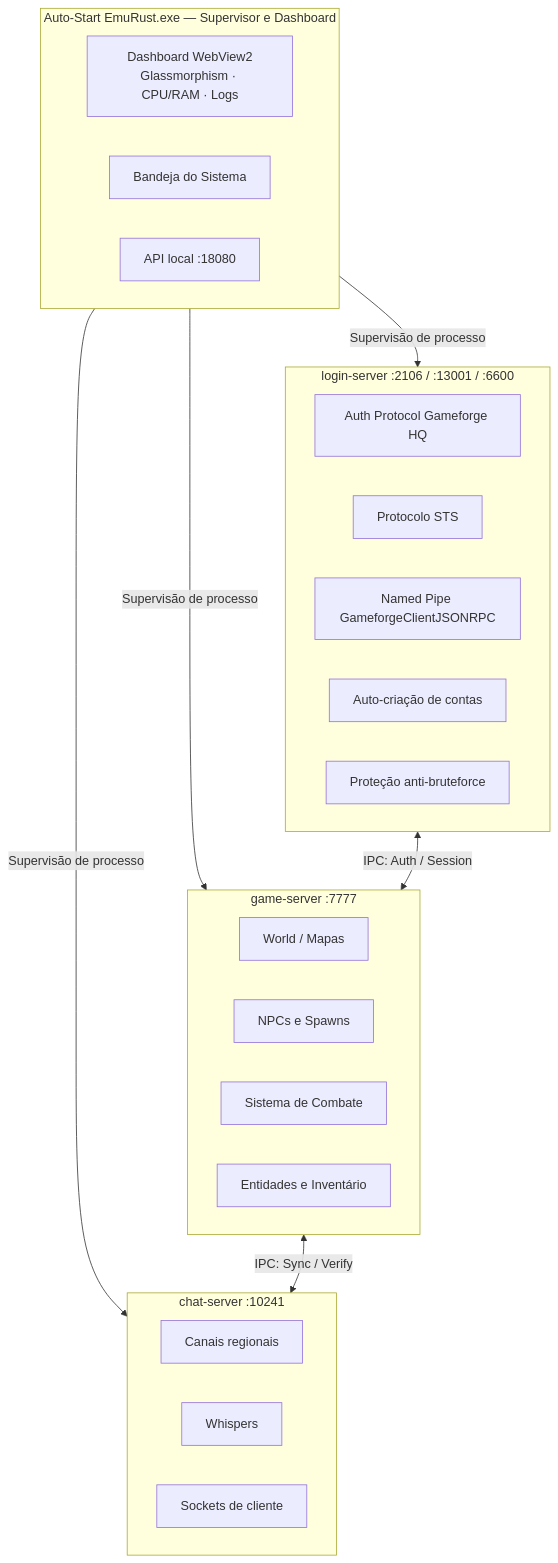
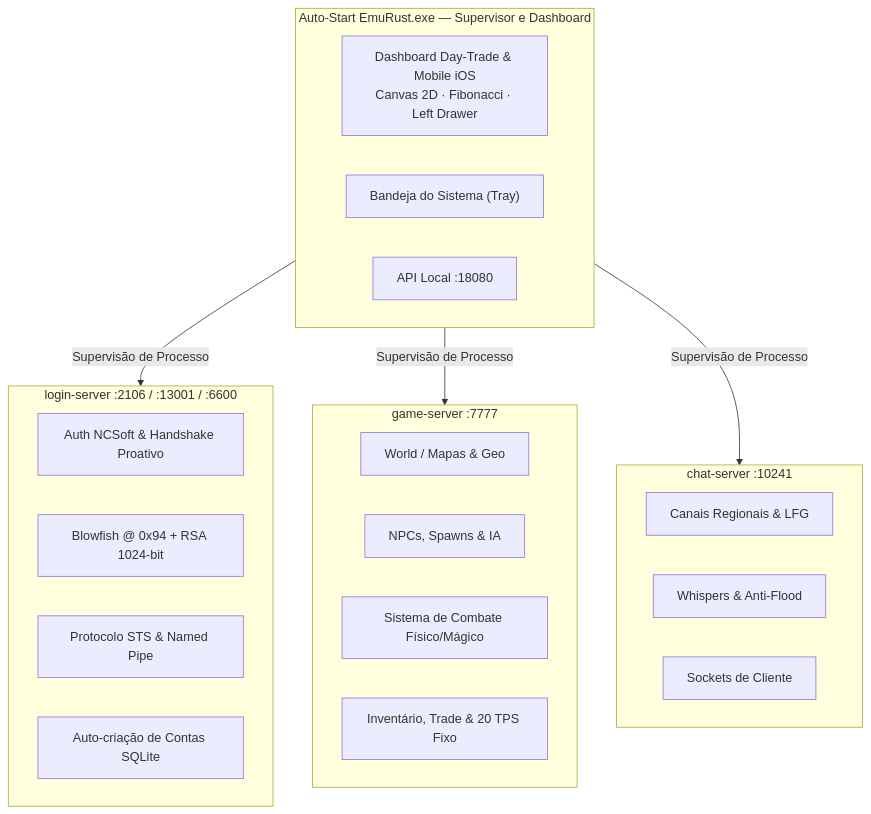
Before and after one commit to kamidaki/aion-classic-5.0: the diagram in README.md, drawn with Mermaid. The commit also changed other lines of this file and 2 other files, not shown here.

Commit message:
docs: update CONTEXT.md and READMEs with Day-Trade telemetry, iOS mobile UI, and accurate protocol offsets

````diff
--- a/README.md
+++ b/README.md
@@ -69,36 +60,32 @@
 ```mermaid
 flowchart TB
     subgraph SUP["Auto-Start EmuRust.exe — Supervisor e Dashboard"]
-        UI["Dashboard WebView2<br/>Glassmorphism · CPU/RAM · Logs"]
-        TRAY["Bandeja do Sistema"]
-        API["API local :18080"]
+        UI["Dashboard Day-Trade & Mobile iOS<br/>Canvas 2D · Fibonacci · Left Drawer"]
+        TRAY["Bandeja do Sistema (Tray)"]
+        API["API Local :18080"]
     end
 
-    SUP -->|Supervisão de processo| LOGIN
-    SUP -->|Supervisão de processo| GAME
-    SUP -->|Supervisão de processo| CHAT
+    SUP -->|Supervisão de Processo| LOGIN
+    SUP -->|Supervisão de Processo| GAME
+    SUP -->|Supervisão de Processo| CHAT
 
     subgraph LOGIN["login-server :2106 / :13001 / :6600"]
-        L1["Auth Protocol Gameforge HQ"]
-        L2["Protocolo STS"]
-        L3["Named Pipe GameforgeClientJSONRPC"]
-        L4["Auto-criação de contas"]
-        L5["Proteção anti-bruteforce"]
+        L1["Auth NCSoft & Handshake Proativo"]
+        L2["Blowfish @ 0x94 + RSA 1024-bit"]
+        L3["Protocolo STS & Named Pipe"]
+        L4["Auto-criação de Contas SQLite"]
     end
 
     subgraph GAME["game-server :7777"]
-        G1["World / Mapas"]
-        G2["NPCs e Spawns"]
-        G3["Sistema de Combate"]
-        G4["Entidades e Inventário"]
+        G1["World / Mapas & Geo"]
+        G2["NPCs, Spawns & IA"]
+        G3["Sistema de Combate Físico/Mágico"]
+        G4["Inventário, Trade & 20 TPS Fixo"]
     end
 
     subgraph CHAT["chat-server :10241"]
-        C1["Canais regionais"]
-        C2["Whispers"]
-        C3["Sockets de cliente"]
+        C1["Canais Regionais & LFG"]
+        C2["Whispers & Anti-Flood"]
+        C3["Sockets de Cliente"]
     end
-
-    LOGIN <-->|IPC: Auth / Session| GAME
-    GAME <-->|IPC: Sync / Verify| CHAT
 ```
````
